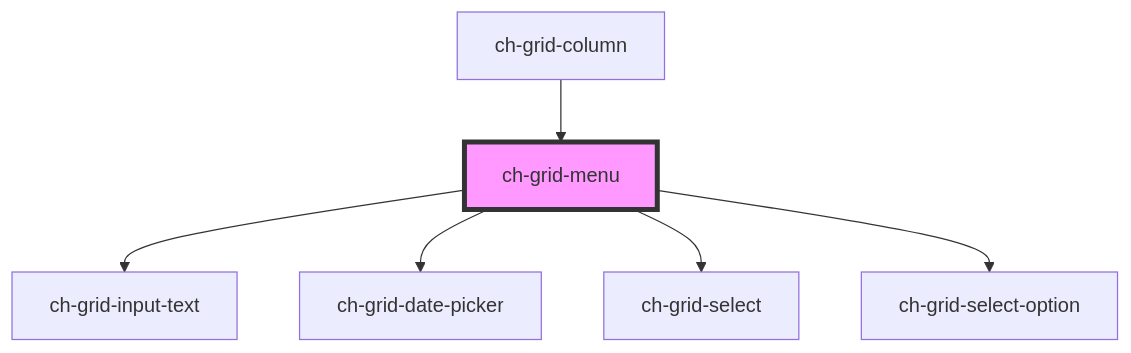
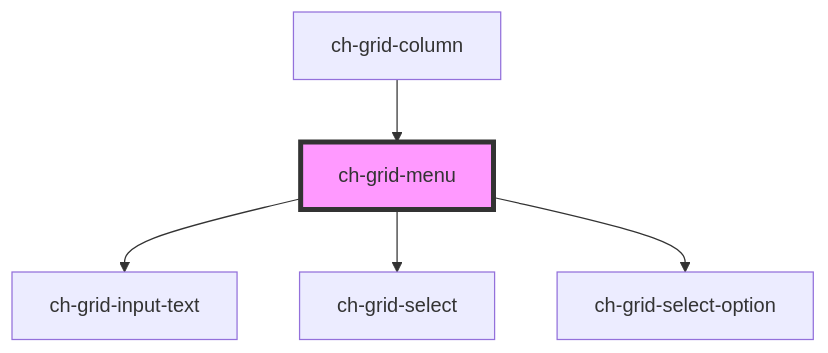
Before and after one commit to genexuslabs/chameleon-controls-library: the diagram in src/components/grid-column-menu/readme.md, drawn with Mermaid. The commit also changed other lines of this file and 27 other files, not shown here.

````diff
--- a/src/components/grid-column-menu/readme.md
+++ b/src/components/grid-column-menu/readme.md
@@ -40,9 +40,8 @@
 ```mermaid
 graph TD;
   ch-grid-menu --> ch-grid-input-text
-  ch-grid-menu --> ch-grid-date-picker
   ch-grid-menu --> ch-grid-select
   ch-grid-menu --> ch-grid-select-option
   ch-grid-column --> ch-grid-menu
   style ch-grid-menu fill:#f9f,stroke:#333,stroke-width:4px
 ```
````
